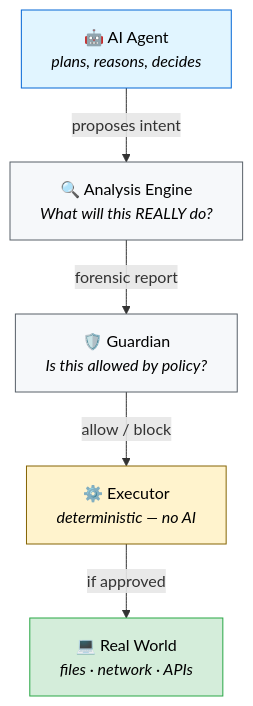
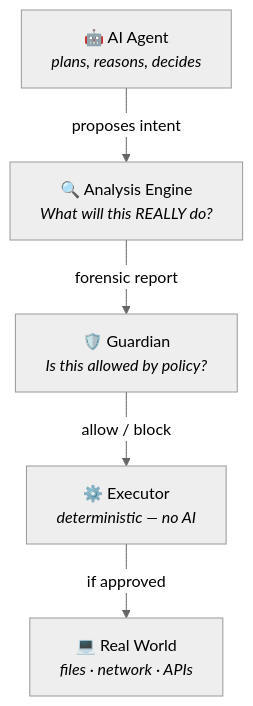
One commit to intentframe/intentframe changed the second of 2 diagrams in README.md. Above: the diagram before and after it, drawn with Mermaid.

````diff
--- a/README.md
+++ b/README.md
@@ -298,13 +298,8 @@
 ```mermaid
+%%{init: {'theme':'neutral'}}%%
 flowchart TD
     A["🤖 AI Agent<br/><i>plans, reasons, decides</i>"] -->|proposes intent| B
     B["🔍 Analysis Engine<br/><i>What will this REALLY do?</i>"] -->|forensic report| C
     C["🛡️ Guardian<br/><i>Is this allowed by policy?</i>"] -->|allow / block| D
     D["⚙️ Executor<br/><i>deterministic — no AI</i>"] -->|if approved| E["💻 Real World<br/><i>files · network · APIs</i>"]
-
-    style A fill:#e1f5ff,stroke:#0366d6,color:#000
-    style B fill:#f6f8fa,stroke:#586069,color:#000
-    style C fill:#f6f8fa,stroke:#586069,color:#000
-    style D fill:#fff3cd,stroke:#856404,color:#000
-    style E fill:#d4edda,stroke:#28a745,color:#000
 ```
````
